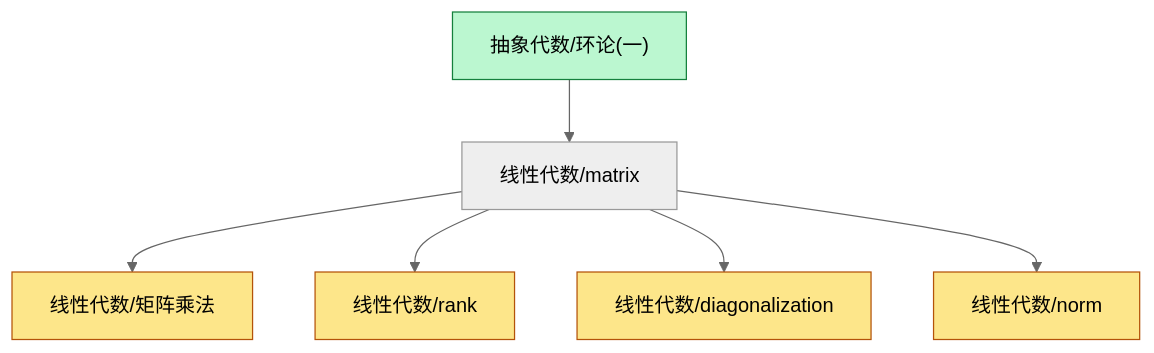
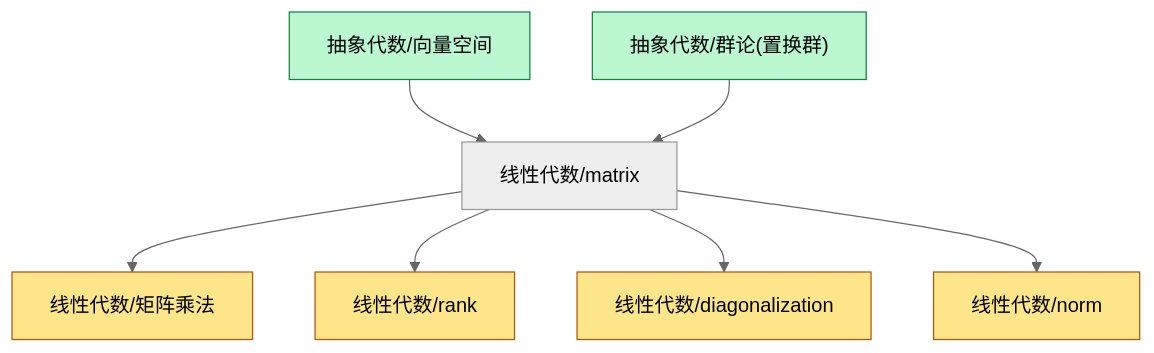
Before and after one commit to zeroDtree/zeroDtree.github.io: the diagram in content/线性代数/dependency_graph.md, drawn with Mermaid (neutral theme). The commit also changed 7 other files, not shown here.

````diff
--- a/content/线性代数/dependency_graph.md
+++ b/content/线性代数/dependency_graph.md
@@ -1,12 +1,13 @@
 ```mermaid
 graph TD
 1["线性代数/matrix"] --> 0["线性代数/矩阵乘法"]
 1["线性代数/matrix"] --> 2["线性代数/rank"]
-3["抽象代数/环论(一)"] --> 1["线性代数/matrix"]
-1["线性代数/matrix"] --> 4["线性代数/diagonalization"]
-1["线性代数/matrix"] --> 5["线性代数/norm"]
+3["抽象代数/向量空间"] --> 1["线性代数/matrix"]
+4["抽象代数/群论(置换群)"] --> 1["线性代数/matrix"]
+1["线性代数/matrix"] --> 5["线性代数/diagonalization"]
+1["线性代数/matrix"] --> 6["线性代数/norm"]
 classDef leaf fill:#fde68a,stroke:#b45309
-class 0,2,4,5 leaf
+class 0,2,5,6 leaf
 classDef foundationRoot fill:#bbf7d0,stroke:#15803d
-class 3 foundationRoot
+class 3,4 foundationRoot
 ```
````
